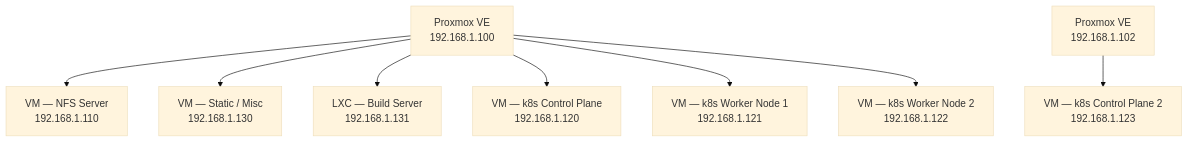
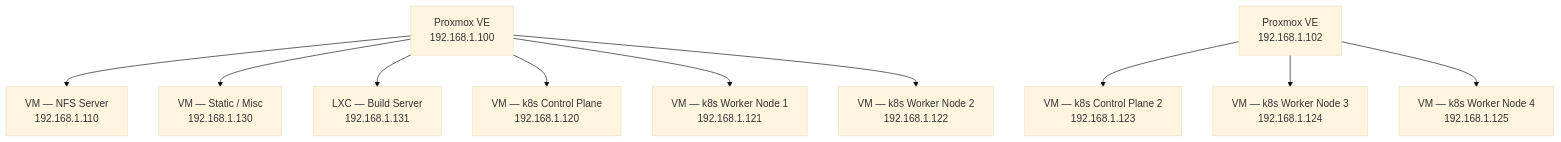
One commit to Ramphy0x90/r16a-infra changed the diagram in servers.md. Above: the diagram before and after it, drawn with Mermaid (base theme). The commit also changed other lines of this file and 3 other files, not shown here.

````diff
--- a/servers.md
+++ b/servers.md
@@ -32,13 +32,15 @@
 ```mermaid
 graph TD
     PVE[Proxmox VE<br>192.168.1.100]
     PVE2[Proxmox VE<br>192.168.1.102]
 
     PVE --> NFS[VM — NFS Server<br>192.168.1.110]
     PVE --> Static[VM — Static / Misc<br>192.168.1.130]
     PVE --> Build[LXC — Build Server<br>192.168.1.131]
     PVE --> CP[VM — k8s Control Plane<br>192.168.1.120]
     PVE --> W1[VM — k8s Worker Node 1<br>192.168.1.121]
     PVE --> W2[VM — k8s Worker Node 2<br>192.168.1.122]
     PVE2 --> CP2[VM — k8s Control Plane 2<br>192.168.1.123]
+    PVE2 --> W3[VM — k8s Worker Node 3<br>192.168.1.124]
+    PVE2 --> W4[VM — k8s Worker Node 4<br>192.168.1.125]
 ```
````
